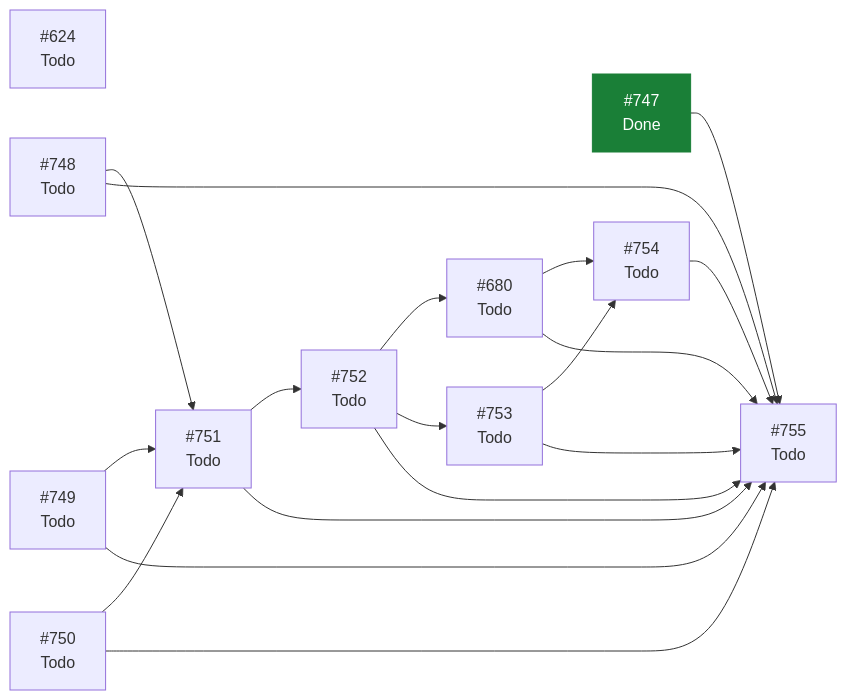
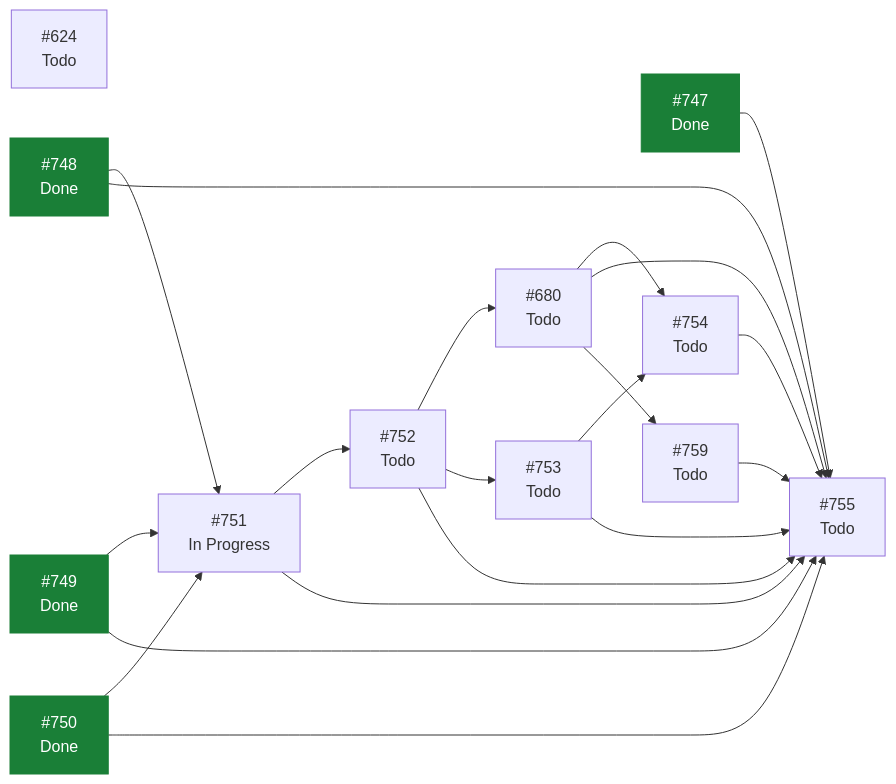
The diagram in docs/planning/STATUS.md (ecamp0s/evault), drawn with Mermaid before and after one commit. The commit also changed other lines of this file and 6 other files, not shown here.

````diff
--- a/docs/planning/STATUS.md
+++ b/docs/planning/STATUS.md
@@ -98,33 +97,36 @@
 ```mermaid
 graph LR
   I624["#624<br/>Todo"]
   I680["#680<br/>Todo"]
   I747["#747<br/>Done"]
-  I748["#748<br/>Todo"]
-  I749["#749<br/>Todo"]
-  I750["#750<br/>Todo"]
-  I751["#751<br/>Todo"]
+  I748["#748<br/>Done"]
+  I749["#749<br/>Done"]
+  I750["#750<br/>Done"]
+  I751["#751<br/>In Progress"]
   I752["#752<br/>Todo"]
   I753["#753<br/>Todo"]
   I754["#754<br/>Todo"]
   I755["#755<br/>Todo"]
+  I759["#759<br/>Todo"]
   I680 --> I754
   I680 --> I755
+  I680 --> I759
   I747 --> I755
   I748 --> I751
   I748 --> I755
   I749 --> I751
   I749 --> I755
   I750 --> I751
   I750 --> I755
   I751 --> I752
   I751 --> I755
   I752 --> I680
   I752 --> I753
   I752 --> I755
   I753 --> I754
   I753 --> I755
   I754 --> I755
+  I759 --> I755
   classDef hecho fill:#1a7f37,stroke:#1a7f37,color:#fff;
-  class I747 hecho;
+  class I747,I748,I749,I750 hecho;
 ```
````
